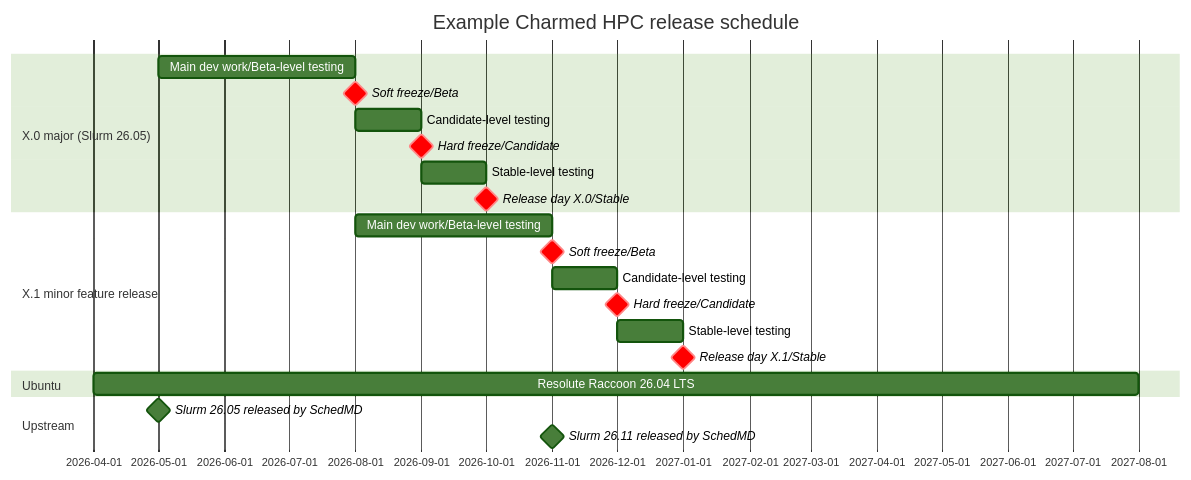
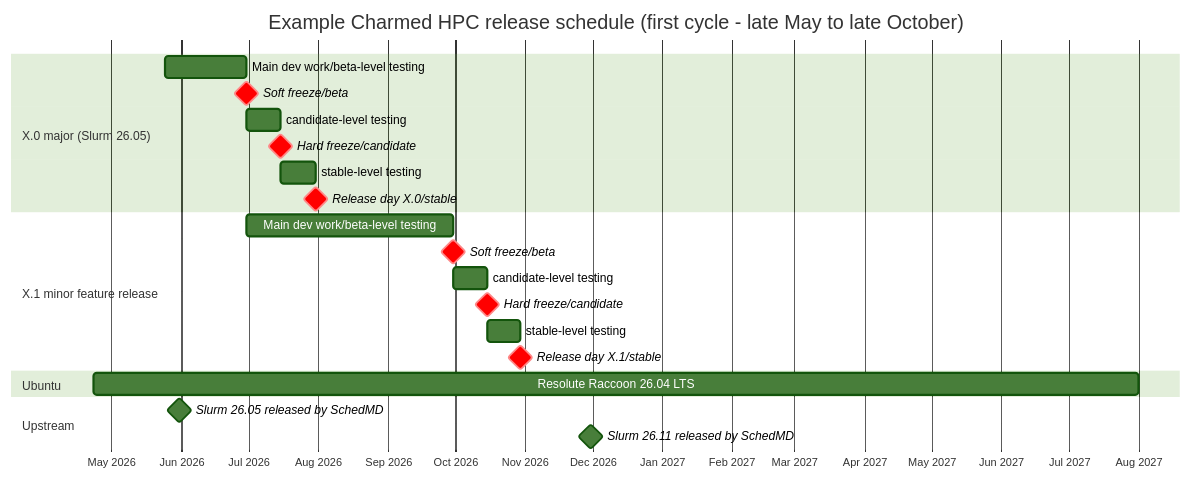
The diagram in specs/UHPC 012 - Charmed HPC release policy and notes/uhpc-012.md (AshleyCliff/specs), drawn with Mermaid (forest theme) before and after one commit. The commit also changed other lines of this file and 1 other file, not shown here.

````diff
--- a/specs/UHPC 012 - Charmed HPC release policy and notes/uhpc-012.md
+++ b/specs/UHPC 012 - Charmed HPC release policy and notes/uhpc-012.md
@@ -173,26 +205,27 @@
 ```mermaid
 gantt
-  title Example Charmed HPC release schedule
-  dateFormat YYYY-MM
+  title Example Charmed HPC release schedule (first cycle - late May to late October)
+  dateFormat YYYY-MM-DD
+  axisFormat %b %Y
   todayMarker off
 
   section X.0 major (Slurm 26.05)
-      Main dev work/Beta-level testing                        :f1, 2026-05, 2026-08
-      Soft freeze/Beta                                        :crit, milestone, v1, 2026-08, 0d
-      Candidate-level testing                                 :f2, 2026-08, 2026-09
-      Hard freeze/Candidate                                   :crit, milestone, v2, 2026-09, 0d
-      Stable-level testing                                    :f3, 2026-09, 2026-10
-      Release day X.0/Stable                                  :crit, milestone, r1, 2026-10, 0d
+      Main dev work/beta-level testing                        :f1, 2026-05-25, 2026-06-30
+      Soft freeze/beta                                        :crit, milestone, v1, 2026-06-30, 0d
+      candidate-level testing                                 :f2, 2026-06-30, 2026-07-15
+      Hard freeze/candidate                                   :crit, milestone, v2, 2026-07-15, 0d
+      stable-level testing                                    :f3, 2026-07-15, 2026-07-31
+      Release day X.0/stable                                  :crit, milestone, r1, 2026-07-31, 0d
   section X.1 minor feature release
-      Main dev work/Beta-level testing                        :f4, 2026-08, 2026-11
-      Soft freeze/Beta                                        :crit, milestone, v3, 2026-11, 0d
-      Candidate-level testing                                 :f5, 2026-11, 2026-12
-      Hard freeze/Candidate                                   :crit, milestone, v4, 2026-12, 0d
-      Stable-level testing                                    :f6, 2026-12, 2027-01
-      Release day X.1/Stable                                  :crit, milestone, r2, 2027-01, 0d
+      Main dev work/beta-level testing                        :f4, 2026-06-30, 2026-09-30
+      Soft freeze/beta                                        :crit, milestone, v3, 2026-09-30, 0d
+      candidate-level testing                                 :f5, 2026-09-30, 2026-10-15
+      Hard freeze/candidate                                   :crit, milestone, v4, 2026-10-15, 0d
+      stable-level testing                                    :f6, 2026-10-15, 2026-10-30
+      Release day X.1/stable                                  :crit, milestone, r2, 2026-10-30, 0d
   section Ubuntu
-      Resolute Raccoon 26.04 LTS                              :2026-04, 2027-08
+      Resolute Raccoon 26.04 LTS                              :2026-04-23, 2027-08-01
   section Upstream
-      Slurm 26.05 released by SchedMD                       :milestone, a1, 2026-05, 0d
-      Slurm 26.11 released by SchedMD                       :milestone, a2, 2026-11, 0d
+      Slurm 26.05 released by SchedMD                         :milestone, a1, 2026-05-31, 0d
+      Slurm 26.11 released by SchedMD                         :milestone, a2, 2026-11-30, 0d
 ```
````
